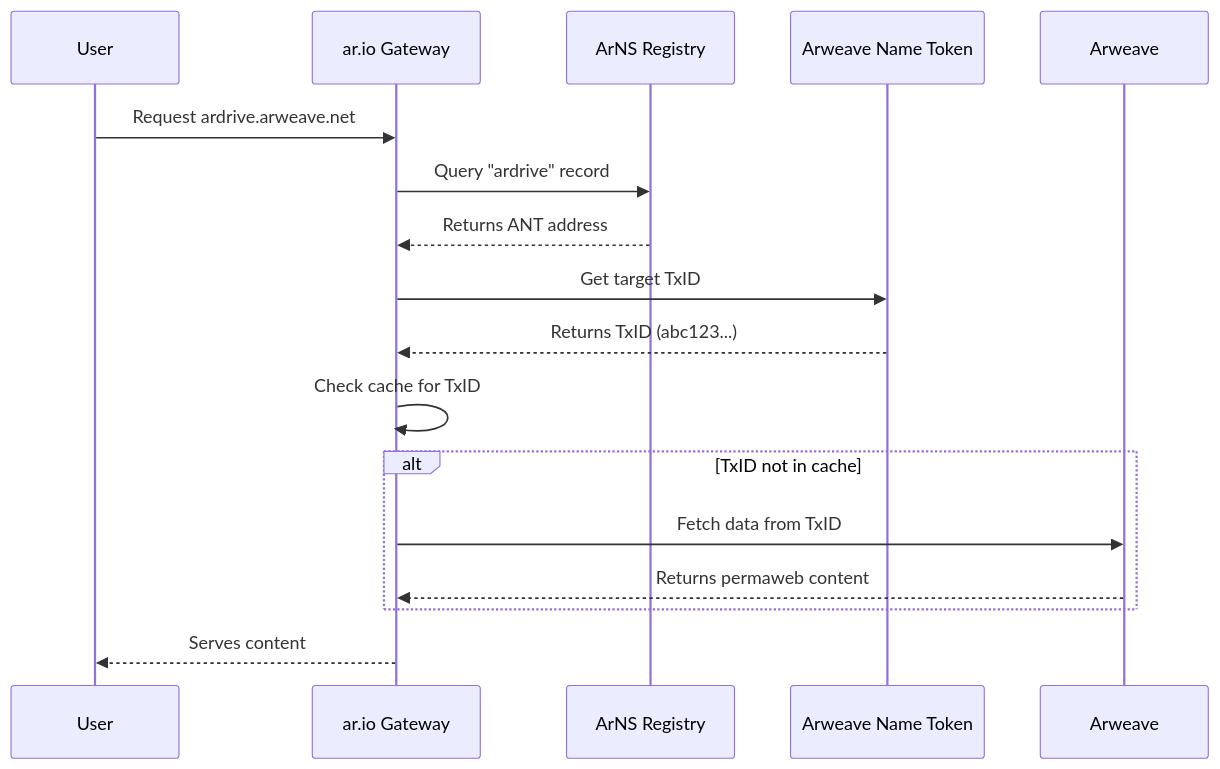
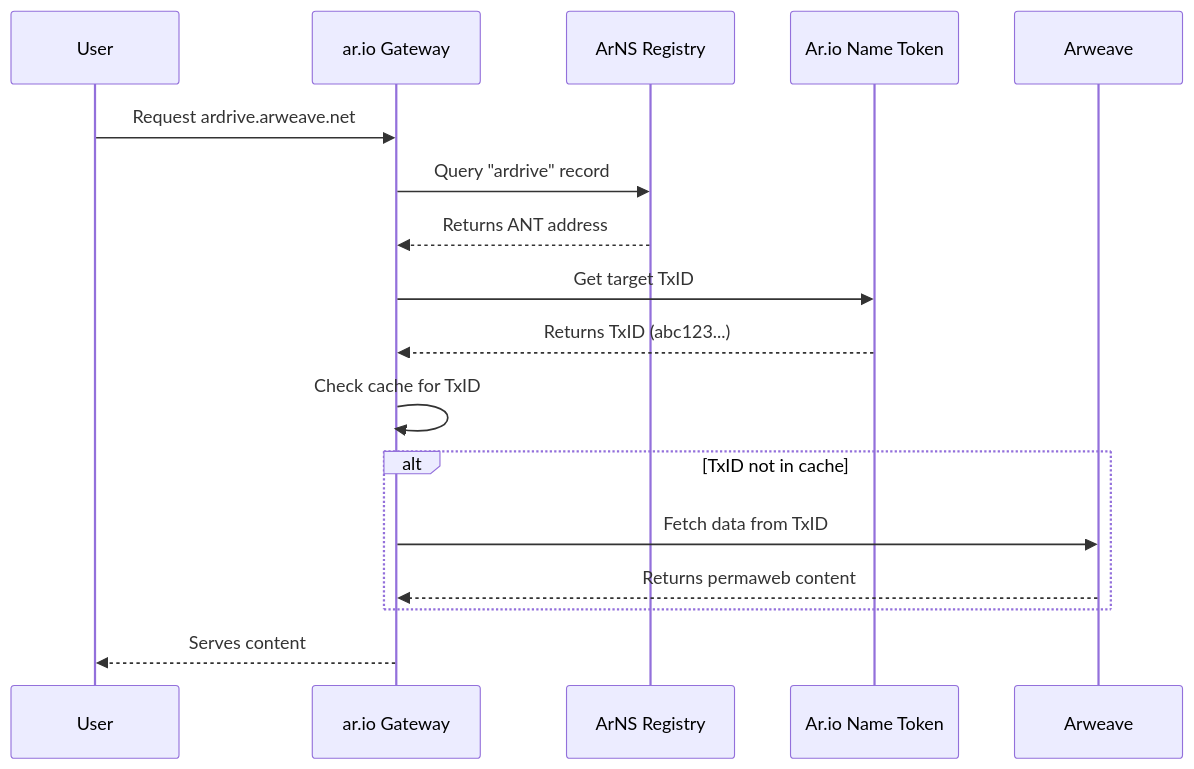
The second of 2 diagrams in content/learn/arns/index.mdx (ar-io/docs), drawn with Mermaid before and after one commit. The commit also changed other lines of this file and 14 other files, not shown here.

First line of the commit message:
docs: update references from Arweave Name Tokens to Ar.io Name Tokens across documentation

````diff
--- a/content/learn/arns/index.mdx
+++ b/content/learn/arns/index.mdx
@@ -66,20 +66,20 @@
 ```mermaid
 sequenceDiagram
     participant User
     participant Gateway as ar.io Gateway
     participant Registry as ArNS Registry
-    participant ANT as Arweave Name Token
+    participant ANT as Ar.io Name Token
     participant Arweave
 
     User->>Gateway: Request ardrive.arweave.net
     Gateway->>Registry: Query "ardrive" record
     Registry-->>Gateway: Returns ANT address
     Gateway->>ANT: Get target TxID
     ANT-->>Gateway: Returns TxID (abc123...)
     Gateway->>Gateway: Check cache for TxID
     alt TxID not in cache
         Gateway->>Arweave: Fetch data from TxID
         Arweave-->>Gateway: Returns permaweb content
     end
     Gateway-->>User: Serves content
 ```
````
